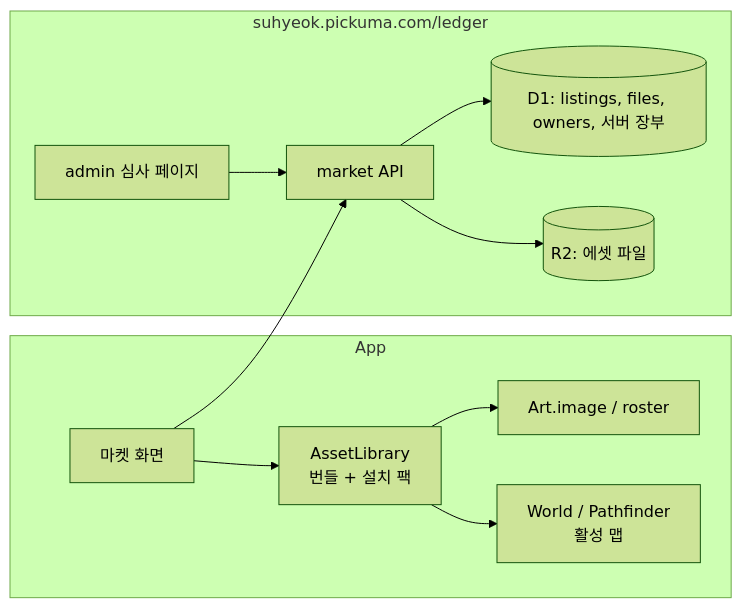
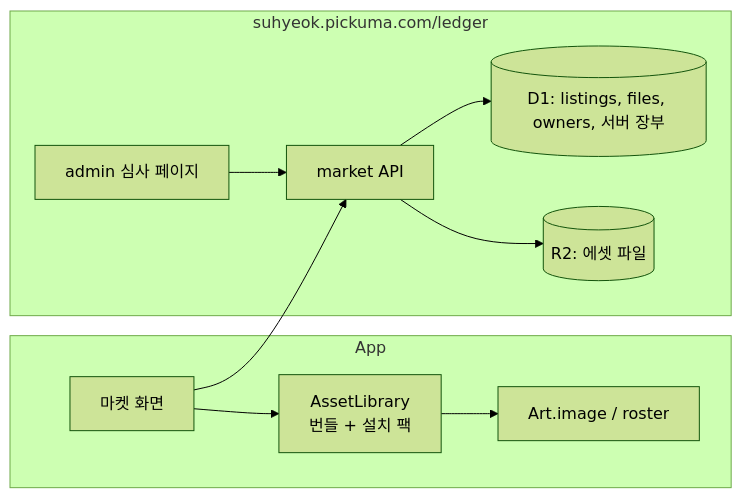
Before and after one commit to oyhoyhk/suhyeok: the third of 3 diagrams in docs/plans/2026-10-11-002-feat-asset-market-plan.md, drawn with Mermaid (forest theme). The commit also changed other lines of this file, not shown here.

````diff
--- a/docs/plans/2026-10-11-002-feat-asset-market-plan.md
+++ b/docs/plans/2026-10-11-002-feat-asset-market-plan.md
@@ -184,14 +186,13 @@
 ```mermaid
 flowchart LR
   subgraph App
     AL[AssetLibrary<br/>번들 + 설치 팩] --> ART[Art.image / roster]
-    AL --> WM[World / Pathfinder<br/>활성 맵]
     MK[마켓 화면] --> AL
   end
   subgraph Server[suhyeok.pickuma.com/ledger]
     API[market API] --> D1[(D1: listings, files, owners, 서버 장부)]
     API --> R2[(R2: 에셋 파일)]
     ADM[admin 심사 페이지] --> API
   end
   MK --> API
 ```
````
